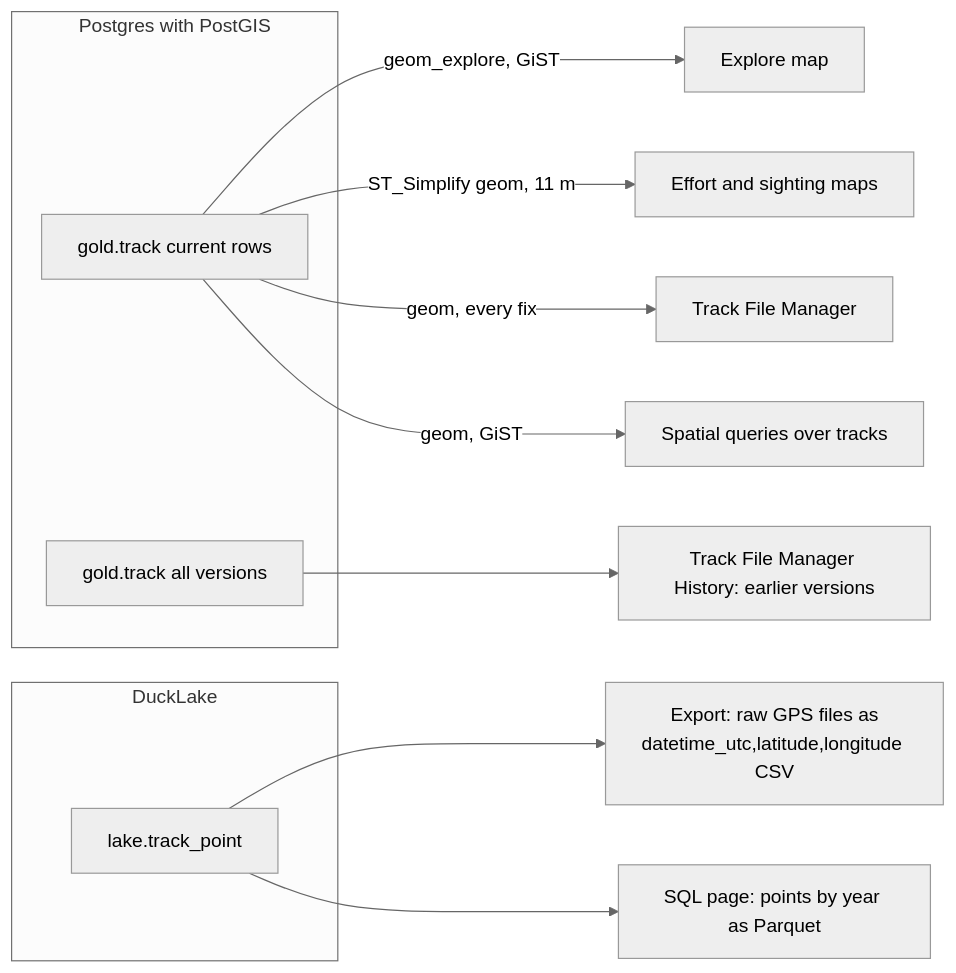
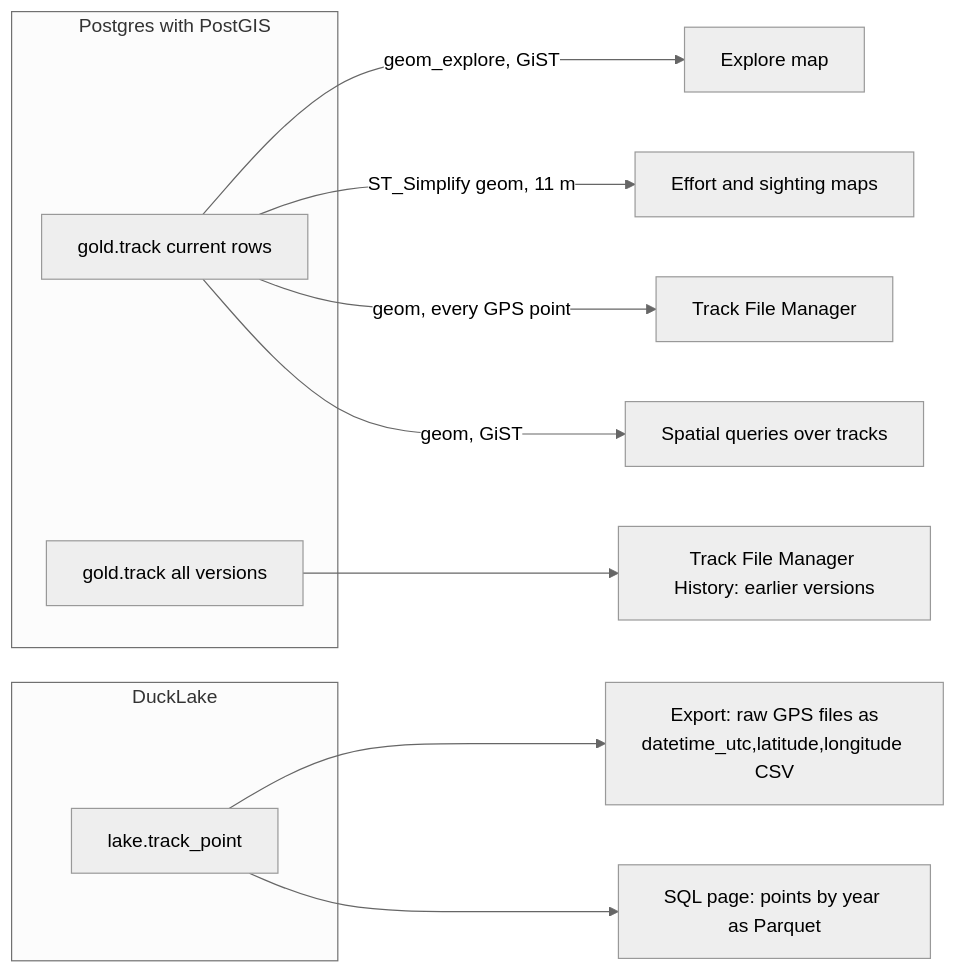
One commit to Boaxes/Cascadia-DB-V2 changed the second of 2 diagrams in docs/schema/ducklake.md. Above: the diagram before and after it, drawn with Mermaid (neutral theme). The commit also changed other lines of this file and 6 other files, not shown here.

Commit message:
Phase 2 docs: say GPS point instead of fix; DuckLake column fix_time renamed point_time

````diff
--- a/docs/schema/ducklake.md
+++ b/docs/schema/ducklake.md
@@ -95,17 +95,17 @@
 ```mermaid
 flowchart LR
     subgraph Postgres with PostGIS
         T[gold.track current rows]
         V[gold.track all versions]
     end
     subgraph DuckLake
         L[lake.track_point]
     end
     T -- geom_explore, GiST --> EX[Explore map]
     T -- ST_Simplify geom, 11 m --> ED[Effort and sighting maps]
-    T -- geom, every fix --> TFM[Track File Manager]
+    T -- geom, every GPS point --> TFM[Track File Manager]
     T -- geom, GiST --> SQ[Spatial queries over tracks]
     V --> OLD[Track File Manager History: earlier versions]
     L --> EXP[Export: raw GPS files as<br/>datetime_utc,latitude,longitude CSV]
     L --> PQ[SQL page: points by year as Parquet]
 ```
````
